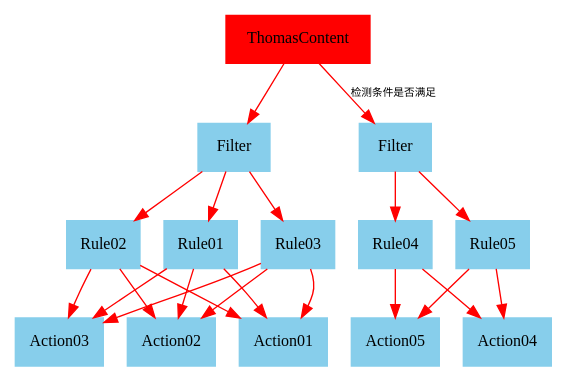
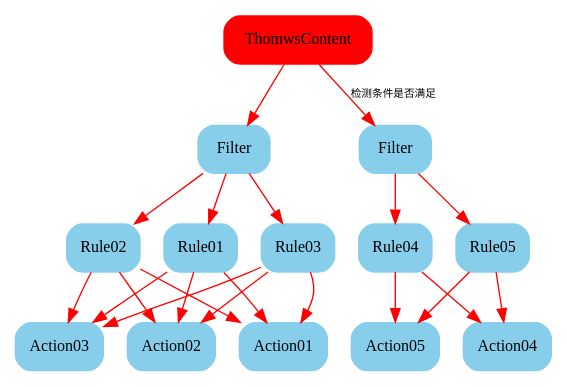
The second of 4 diagrams in util/records/tool/markdown-view.md (lys091112/doc), drawn with Graphviz before and after one commit. The commit also changed other lines of this file and 22 other files, not shown here.

````diff
--- a/util/records/tool/markdown-view.md
+++ b/util/records/tool/markdown-view.md
@@ -38,47 +39,47 @@
 ```dot
 
 digraph G{
 
 node[fontname = "Microsoft YaHei", fontsize = 12, shape = "Mrecord", color="skyblue", style="filled"]
 edge[fontname = "Microsoft YaHei", fontsize = 8, color="red" ]
 
     // 执行单元1
     A -> B 
     B -> D
     B -> E
     B -> F
     D -> I
     D -> J
     D -> K
     E -> I
     E -> J
     E -> K
     F -> I
     F -> J
     F -> K
 
 // 执行单元 2
     A -> C[label="检测条件是否满足"]
     C -> G
     C -> H
     G -> L
     H -> L
     G -> M
     H -> M
 
-A[shape=box,label="ThomasContent",color="red",style=filled];
-B[shape=box,label="Filter"]
-C[shape=box,label="Filter"]
-D[shape=box,label="Rule01"]
-E[shape=box,label="Rule02"]
-F[shape=box,label="Rule03"]
-G[shape=box,label="Rule04"]
-H[shape=box,label="Rule05"]
-I[shape=box,label="Action01"]
-J[shape=box,label="Action02"]
-K[shape=box,label="Action03"]
-L[shape=box,label="Action04"]
-M[shape=box,label="Action05"]
+A[label="ThomwsContent",color="red",style=filled];
+B[label="Filter"]
+C[label="Filter"]
+D[label="Rule01"]
+E[label="Rule02"]
+F[label="Rule03"]
+G[label="Rule04"]
+H[label="Rule05"]
+I[label="Action01"]
+J[label="Action02"]
+K[label="Action03"]
+L[label="Action04"]
+M[label="Action05"]
 }
 
 ```
````
